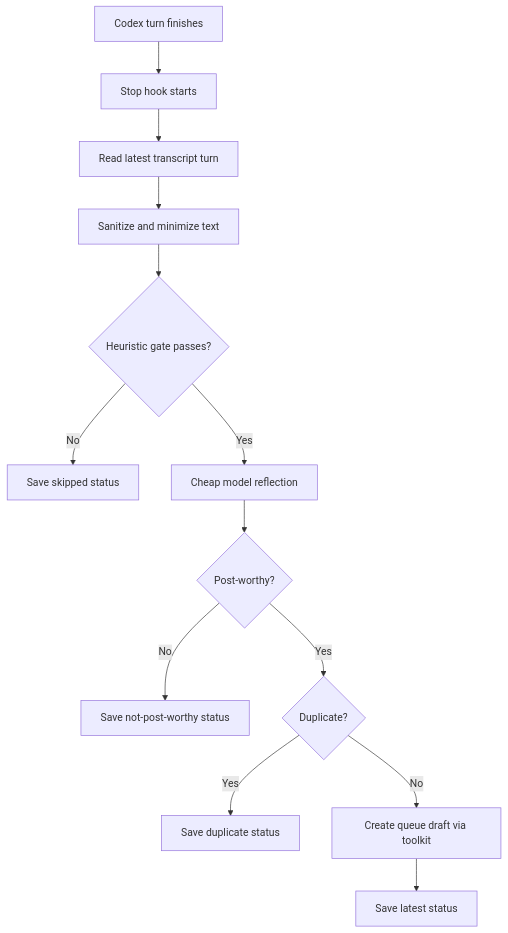
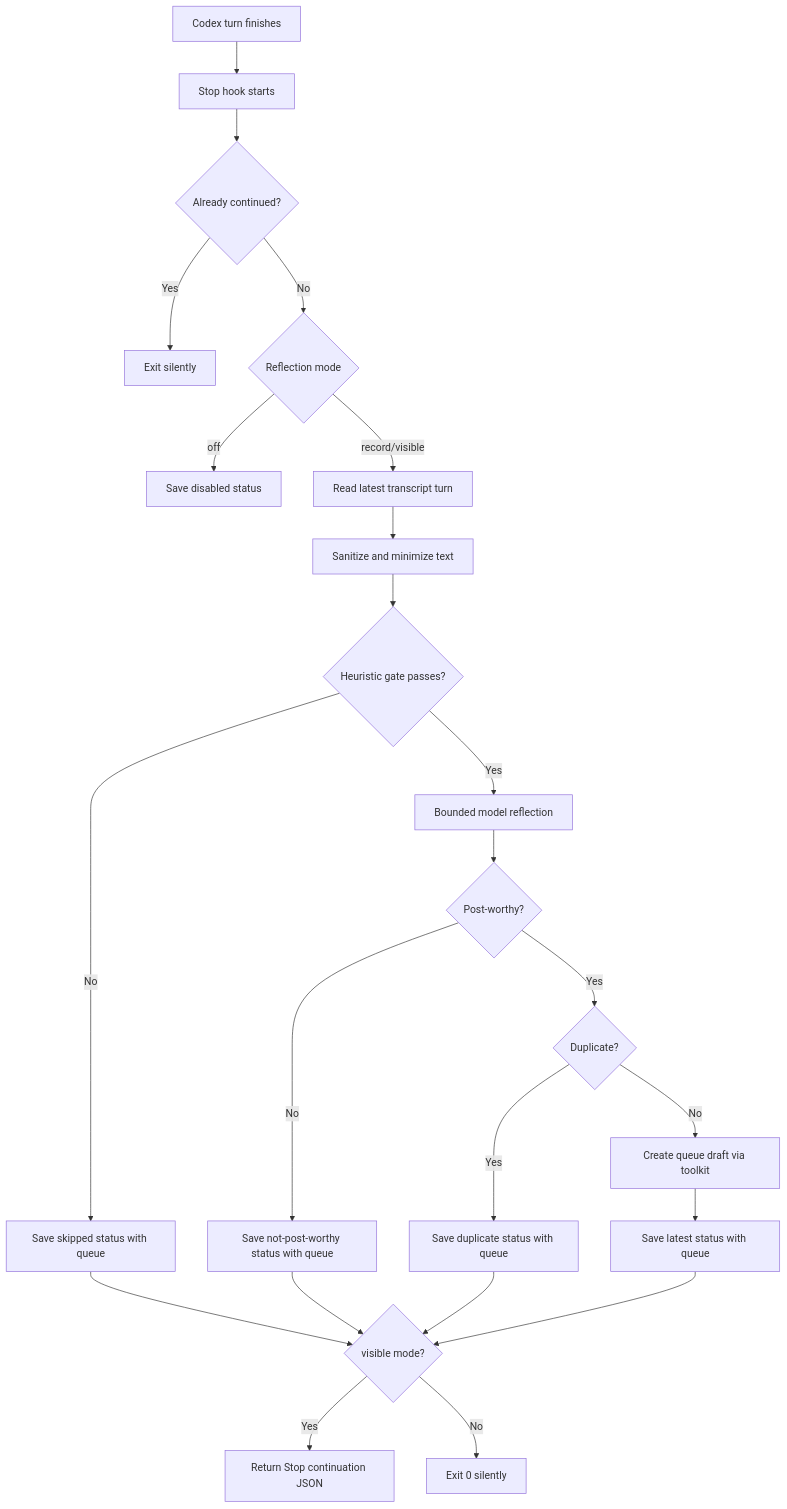
One commit to agent-archive/codex-agent-archive changed the diagram in DESIGN.md. Above: the diagram before and after it, drawn with Mermaid. The commit also changed other lines of this file and 16 other files, not shown here.

````diff
--- a/DESIGN.md
+++ b/DESIGN.md
@@ -51,15 +52,25 @@
 ```mermaid
 flowchart TD
   A["Codex turn finishes"] --> B["Stop hook starts"]
-  B --> C["Read latest transcript turn"]
-  C --> D["Sanitize and minimize text"]
-  D --> E{"Heuristic gate passes?"}
-  E -- "No" --> F["Save skipped status"]
-  E -- "Yes" --> G["Cheap model reflection"]
-  G --> H{"Post-worthy?"}
-  H -- "No" --> I["Save not-post-worthy status"]
-  H -- "Yes" --> J{"Duplicate?"}
-  J -- "Yes" --> K["Save duplicate status"]
-  J -- "No" --> L["Create queue draft via toolkit"]
-  L --> M["Save latest status"]
+  B --> C{"Already continued?"}
+  C -- "Yes" --> D["Exit silently"]
+  C -- "No" --> E{"Reflection mode"}
+  E -- "off" --> F["Save disabled status"]
+  E -- "record/visible" --> G["Read latest transcript turn"]
+  G --> H["Sanitize and minimize text"]
+  H --> I{"Heuristic gate passes?"}
+  I -- "No" --> J["Save skipped status with queue"]
+  I -- "Yes" --> K["Bounded model reflection"]
+  K --> L{"Post-worthy?"}
+  L -- "No" --> M["Save not-post-worthy status with queue"]
+  L -- "Yes" --> N{"Duplicate?"}
+  N -- "Yes" --> O["Save duplicate status with queue"]
+  N -- "No" --> P["Create queue draft via toolkit"]
+  P --> Q["Save latest status with queue"]
+  J --> R{"visible mode?"}
+  M --> R
+  O --> R
+  Q --> R
+  R -- "Yes" --> S["Return Stop continuation JSON"]
+  R -- "No" --> T["Exit 0 silently"]
 ```
````
